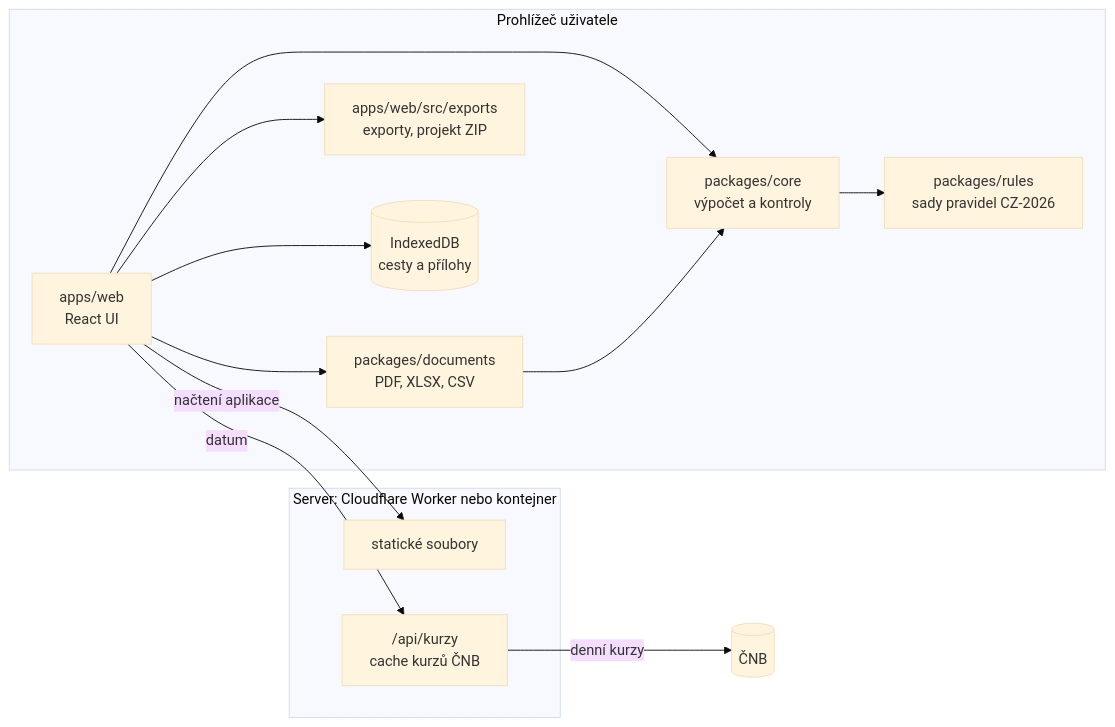
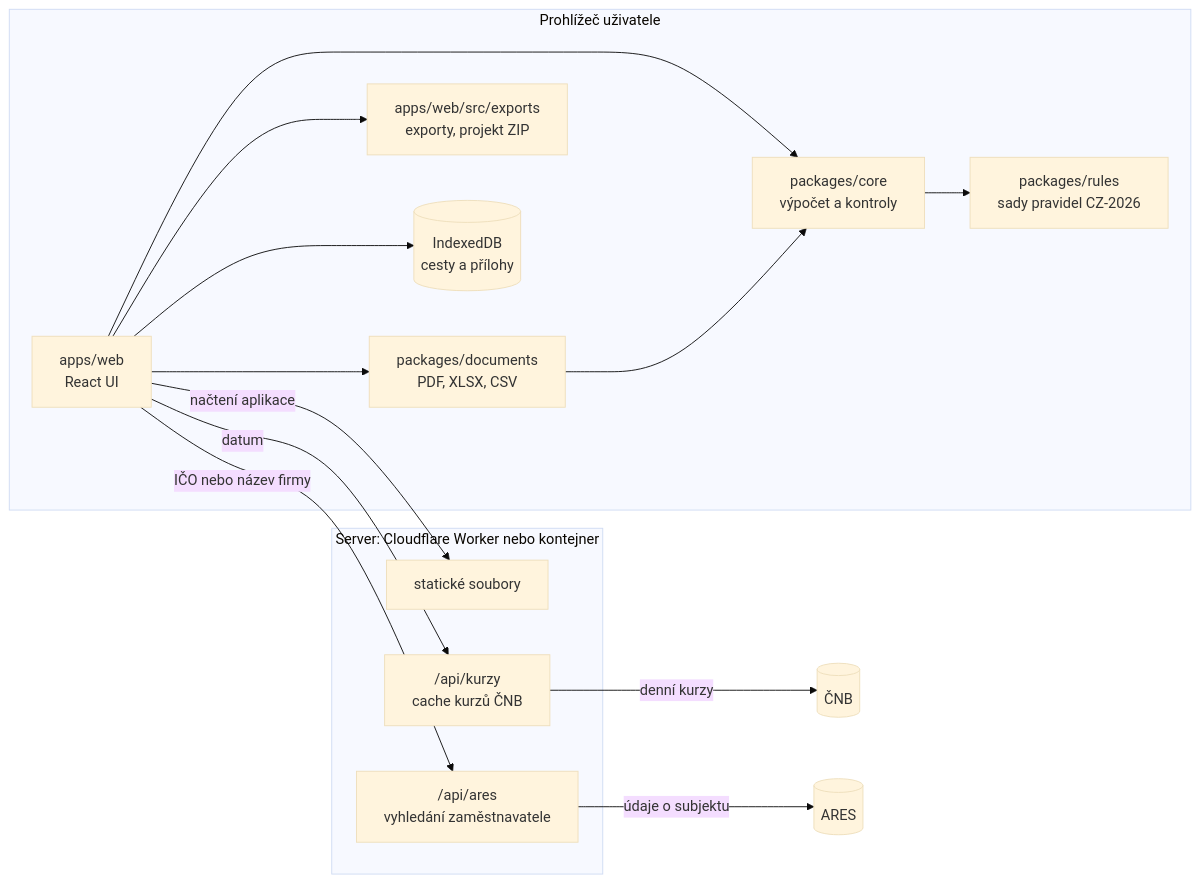
The diagram in docs/05-technicky-navrh.md (javor55/cestovni-prikazy), drawn with Mermaid (base theme) before and after one commit. The commit also changed other lines of this file and 13 other files, not shown here.

First line of the commit message:
Vyhledání zaměstnavatele v ARES podle IČO nebo názvu (#17)

````diff
--- a/docs/05-technicky-navrh.md
+++ b/docs/05-technicky-navrh.md
@@ -35,18 +35,21 @@
 ```mermaid
 flowchart LR
   subgraph Prohlizec[Prohlížeč uživatele]
     UI[apps/web<br/>React UI] --> CORE[packages/core<br/>výpočet a kontroly]
     CORE --> RULES[packages/rules<br/>sady pravidel CZ-2026]
     UI --> DOCS[packages/documents<br/>PDF, XLSX, CSV]
     UI --> PROJ[apps/web/src/exports<br/>exporty, projekt ZIP]
     UI --> IDB[(IndexedDB<br/>cesty a přílohy)]
     DOCS --> CORE
   end
   subgraph Server[Server: Cloudflare Worker nebo kontejner]
     STATIC[statické soubory]
     API["/api/kurzy<br/>cache kurzů ČNB"]
+    ARESAPI["/api/ares<br/>vyhledání zaměstnavatele"]
   end
   UI -- načtení aplikace --> STATIC
   UI -- datum --> API
   API -- denní kurzy --> CNB[(ČNB)]
+  UI -- IČO nebo název firmy --> ARESAPI
+  ARESAPI -- údaje o subjektu --> ARES[(ARES)]
 ```
````
